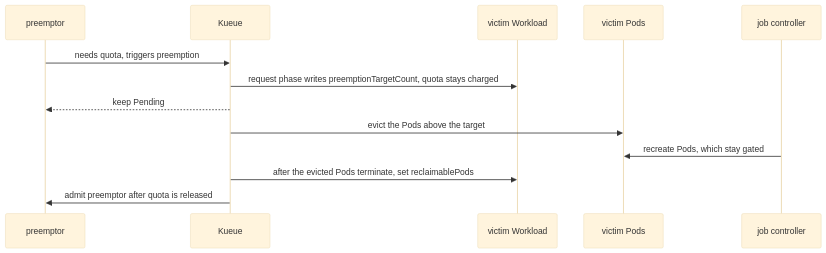
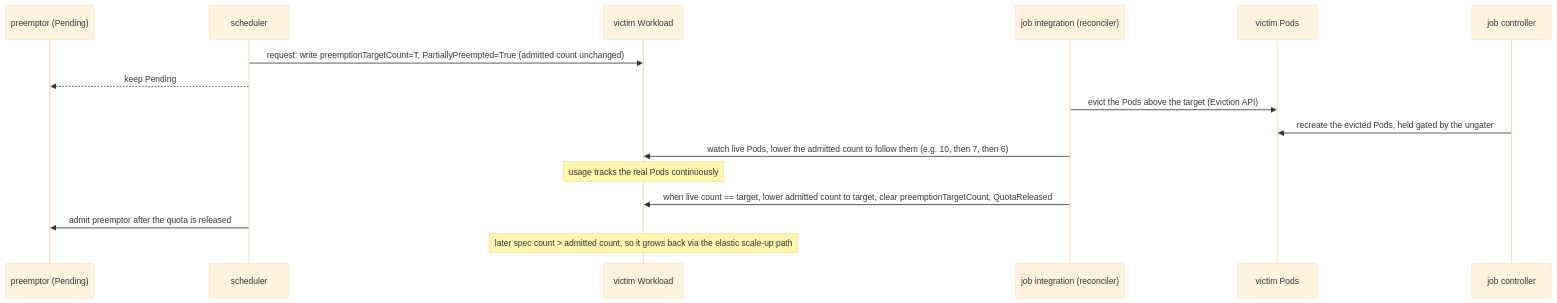
Before and after one commit to kubernetes-sigs/kueue: the first of 2 diagrams in keps/975-partial-preemption/README.md, drawn with Mermaid (base theme). The commit also changed other lines of this file, not shown here.

````diff
--- a/keps/975-partial-preemption/README.md
+++ b/keps/975-partial-preemption/README.md
@@ -284,15 +289,18 @@
 ```mermaid
 sequenceDiagram
-    participant P as preemptor
-    participant K as Kueue
-    participant WL as victim Workload
+    participant P as preemptor (Pending)
+    participant S as scheduler
+    participant W as victim Workload
+    participant I as job integration (reconciler)
     participant Pods as victim Pods
     participant J as job controller
-    P->>K: needs quota, triggers preemption
-    K->>WL: request phase writes preemptionTargetCount, quota stays charged
-    K-->>P: keep Pending
-    K->>Pods: evict the Pods above the target
-    J->>Pods: recreate Pods, which stay gated
-    K->>WL: after the evicted Pods terminate, set reclaimablePods
-    K->>P: admit preemptor after quota is released
+    S->>W: request: write preemptionTargetCount=T, PartiallyPreempted=True (admitted count unchanged)
+    S-->>P: keep Pending
+    I->>Pods: evict the Pods above the target (Eviction API)
+    J->>Pods: recreate the evicted Pods, held gated by the ungater
+    I->>W: watch live Pods, lower the admitted count to follow them (e.g. 10, then 7, then 6)
+    Note over W: usage tracks the real Pods continuously
+    I->>W: when live count == target, lower admitted count to target, clear preemptionTargetCount, QuotaReleased
+    S->>P: admit preemptor after the quota is released
+    Note over W: later spec count > admitted count, so it grows back via the elastic scale-up path
 ```
````
